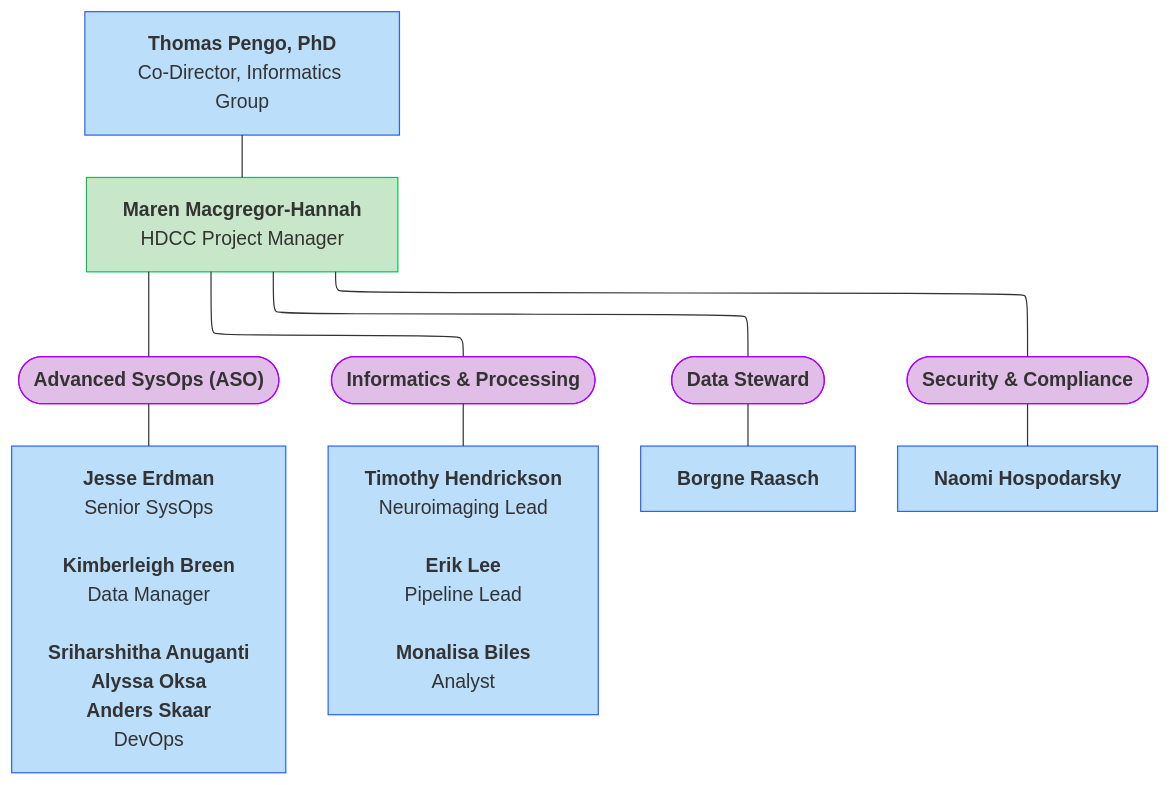
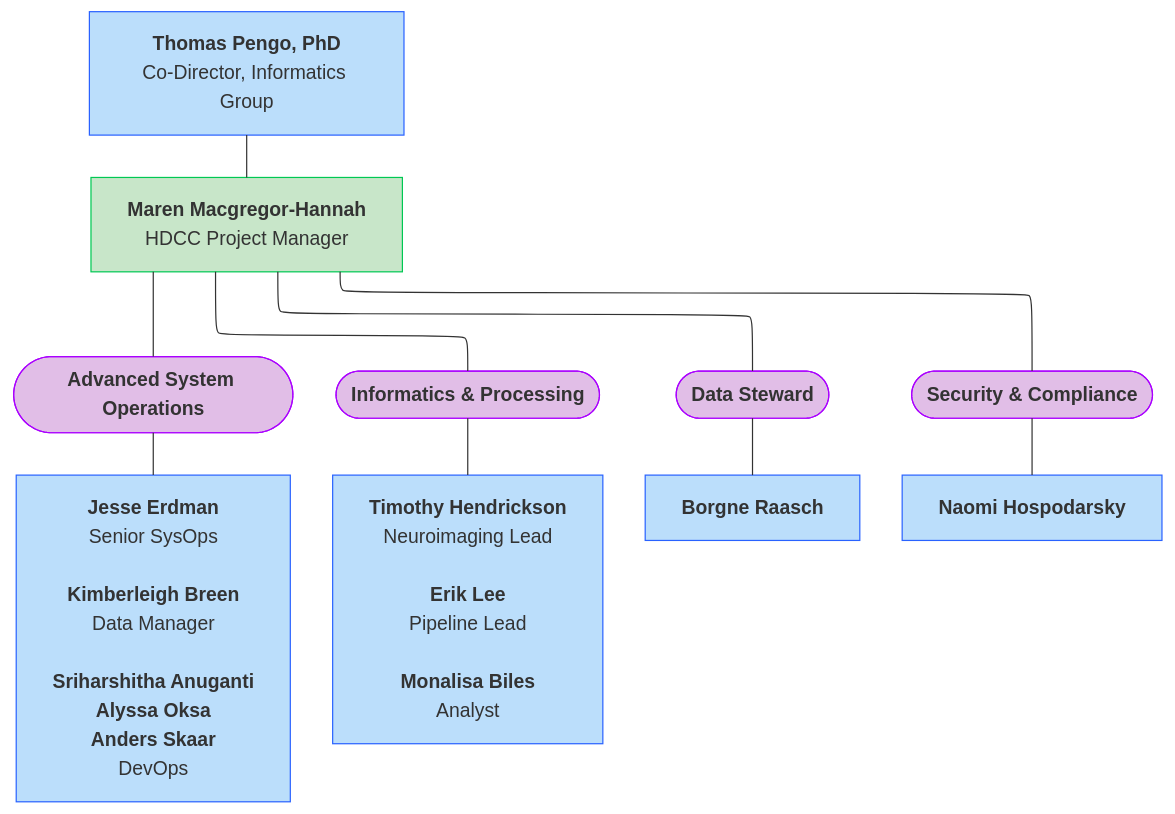
One commit to DCAN-Labs/hbcd-docs-internal changed the sixth of 9 diagrams in docs/orgcharts.md. Above: the diagram before and after it, drawn with Mermaid. The commit also changed other lines of this file, not shown here.

````diff
--- a/docs/orgcharts.md
+++ b/docs/orgcharts.md
@@ -278,24 +289,24 @@
 ```mermaid
 ---
 config:
   layout: elk
 ---
 flowchart TB
-    L["<b>Maren Macgregor-Hannah</b><br>HDCC Project Manager"] --- N(["<b>Advanced SysOps (ASO)</b>"]) & O(["<b>Informatics &amp; Processing</b>"]) & P(["<b>Data Steward</b>"]) 
+    L["<b>Maren Macgregor-Hannah</b><br>HDCC Project Manager"] --- N(["<b>Advanced System Operations</b>"]) & O(["<b>Informatics &amp; Processing</b>"]) & P(["<b>Data Steward</b>"]) 
     L --- n8(["<b>Security &amp Compliance</b>"])
     N --- Q["<b>Jesse Erdman</b><br>Senior SysOps<br><br><b>Kimberleigh Breen</b><br>Data Manager<br><br><b>Sriharshitha Anuganti<br>Alyssa Oksa<br>Anders Skaar</b><br>DevOps"]
     O --- n4["<b>Timothy Hendrickson</b><br>Neuroimaging Lead<br><br><b>Erik Lee</b><br>Pipeline Lead<br><br><b>Monalisa Biles</b><br>Analyst"]
     P --- n7["<b>Borgne Raasch</b>"]
     n8 --- n9["<b>Naomi Hospodarsky</b>"]
     n10["<b>Thomas Pengo, PhD</b><br>Co-Director, Informatics Group"] --- L
     style L fill:#C8E6C9,stroke:#00C853
     style N fill:#E1BEE7,stroke:#AA00FF
     style O fill:#E1BEE7,stroke:#AA00FF
     style P fill:#E1BEE7,stroke:#AA00FF
     style n8 fill:#E1BEE7,stroke:#AA00FF
     style Q fill:#BBDEFB,stroke:#2962FF
     style n4 fill:#BBDEFB,stroke:#2962FF
     style n7 fill:#BBDEFB,stroke:#2962FF
     style n9 fill:#BBDEFB,stroke:#2962FF
     style n10 fill:#BBDEFB,stroke:#2962FF
 ```
````
